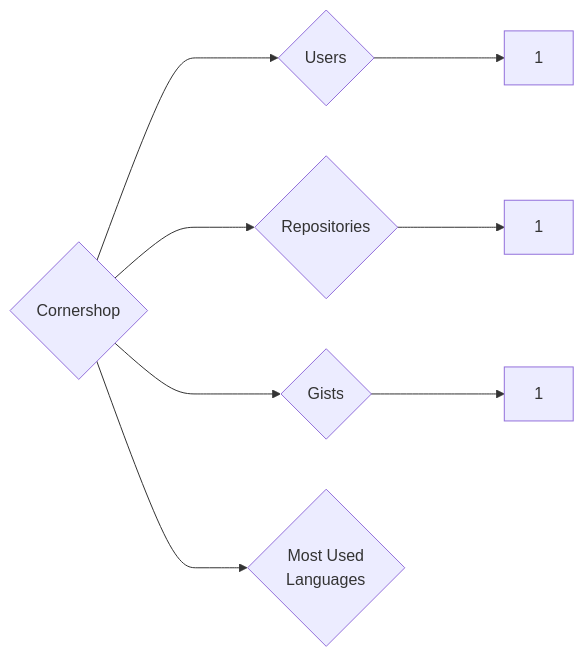
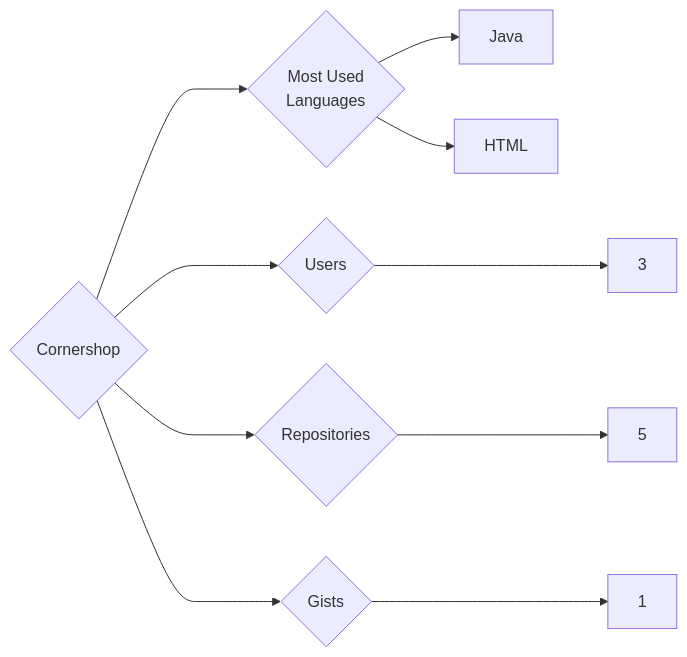
Before and after one commit to trickest/insiders: the diagram in targets/Cornershop/README.md, drawn with Mermaid. The commit also changed 865 other files, not shown here.

````diff
--- a/targets/Cornershop/README.md
+++ b/targets/Cornershop/README.md
@@ -3,8 +3,10 @@
 ```mermaid
 graph LR
 COMPANY_NAME{Cornershop}
-COMPANY_NAME ---> U{Users} ---> UN[1]
-COMPANY_NAME ---> R{Repositories} ---> RN[1]
+COMPANY_NAME ---> U{Users} ---> UN[3]
+COMPANY_NAME ---> R{Repositories} ---> RN[5]
 COMPANY_NAME ---> G{Gists} ---> GN[1]
 COMPANY_NAME ---> ML{Most Used<br>Languages}
+ML --> Java[Java]
+ML --> HTML[HTML]
 ```
````
